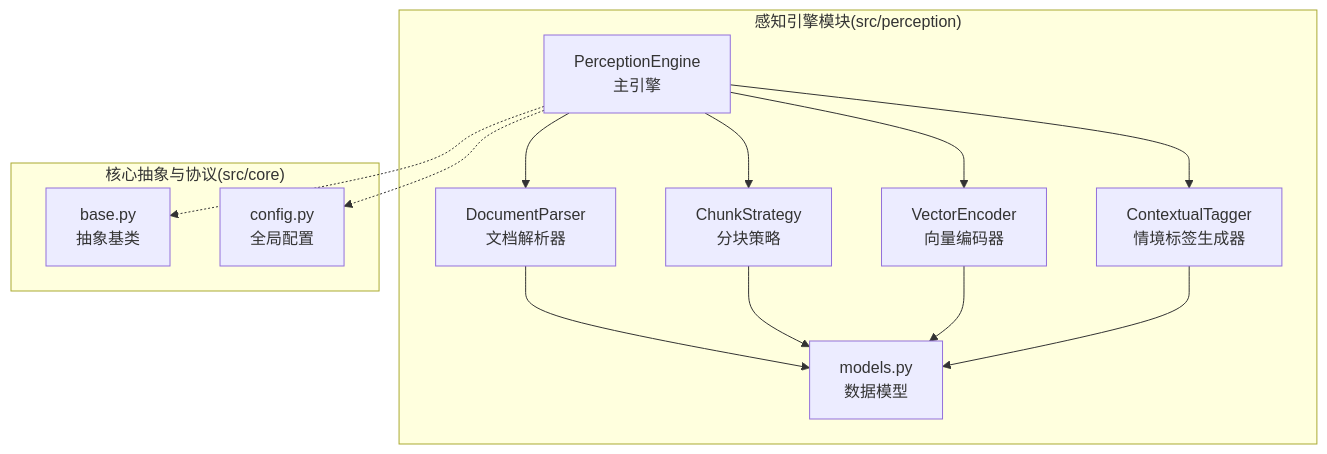
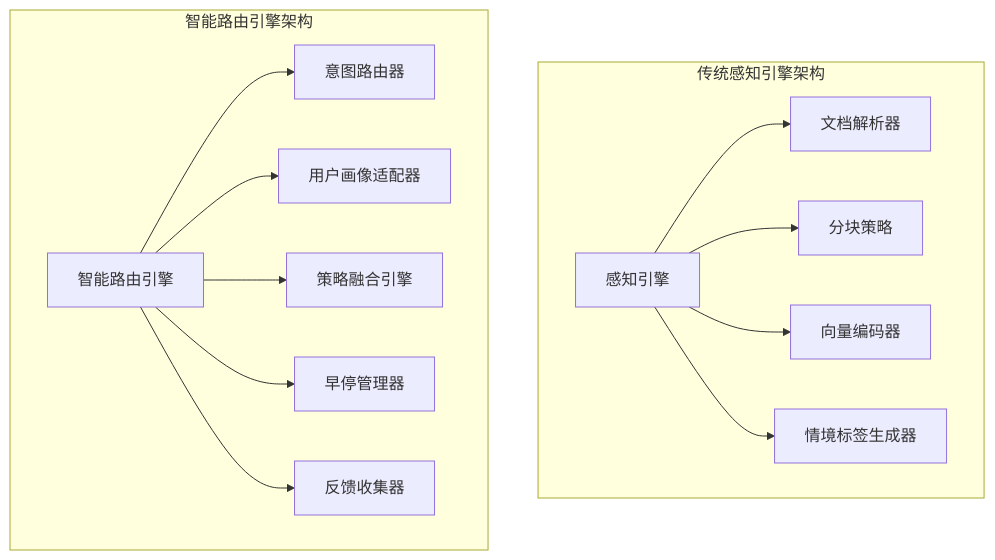
Before and after one commit to JieGaoPrinceton/NecoRAG: the first of 7 diagrams in .qoder/repowiki/zh/content/感知引擎模块/感知引擎模块.md, drawn with Mermaid. The commit also changed other lines of this file and 82 other files, not shown here.

````diff
--- a/.qoder/repowiki/zh/content/感知引擎模块/感知引擎模块.md
+++ b/.qoder/repowiki/zh/content/感知引擎模块/感知引擎模块.md
@@ -37,25 +56,27 @@
 ```mermaid
 graph TB
-subgraph "感知引擎模块(src/perception)"
-E["PerceptionEngine<br/>主引擎"]
-P["DocumentParser<br/>文档解析器"]
-C["ChunkStrategy<br/>分块策略"]
-V["VectorEncoder<br/>向量编码器"]
-T["ContextualTagger<br/>情境标签生成器"]
-M["models.py<br/>数据模型"]
+subgraph "传统感知引擎架构"
+PE["感知引擎"]
+DP["文档解析器"]
+CS["分块策略"]
+VE["向量编码器"]
+CT["情境标签生成器"]
 end
-subgraph "核心抽象与协议(src/core)"
-B["base.py<br/>抽象基类"]
-CFG["config.py<br/>全局配置"]
+subgraph "智能路由引擎架构"
+SRE["智能路由引擎"]
+IR["意图路由器"]
+UA["用户画像适配器"]
+SF["策略融合引擎"]
+ES["早停管理器"]
+FC["反馈收集器"]
 end
-E --> P
-E --> C
-E --> V
-E --> T
-P --> M
-C --> M
-V --> M
-T --> M
-E -.-> B
-E -.-> CFG
+PE --> DP
+PE --> CS
+PE --> VE
+PE --> CT
+SRE --> IR
+SRE --> UA
+SRE --> SF
+SRE --> ES
+SRE --> FC
 ```
````
